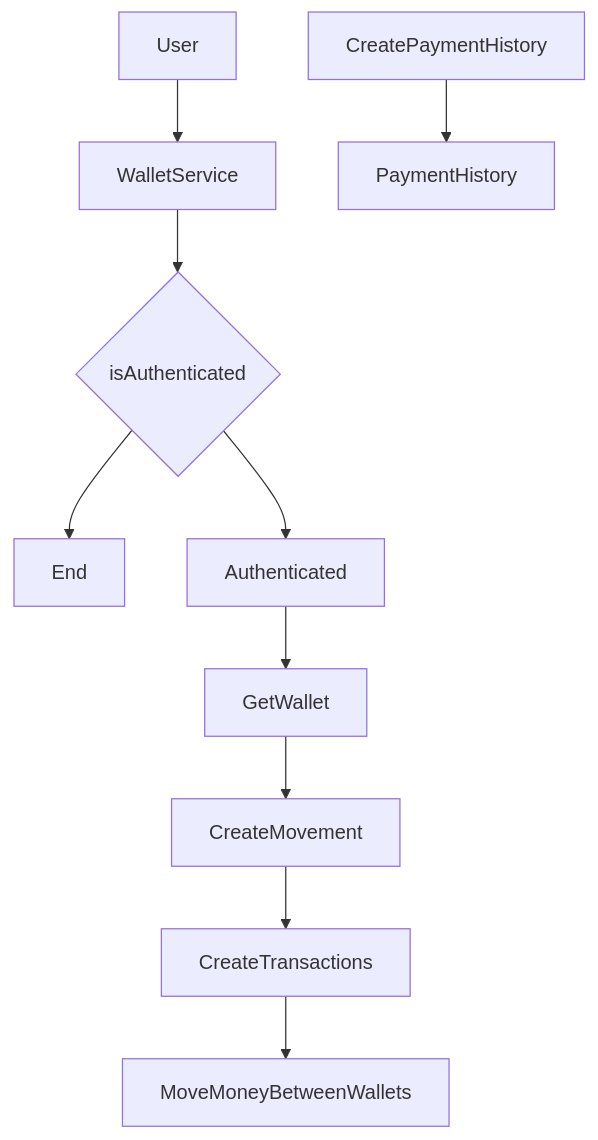
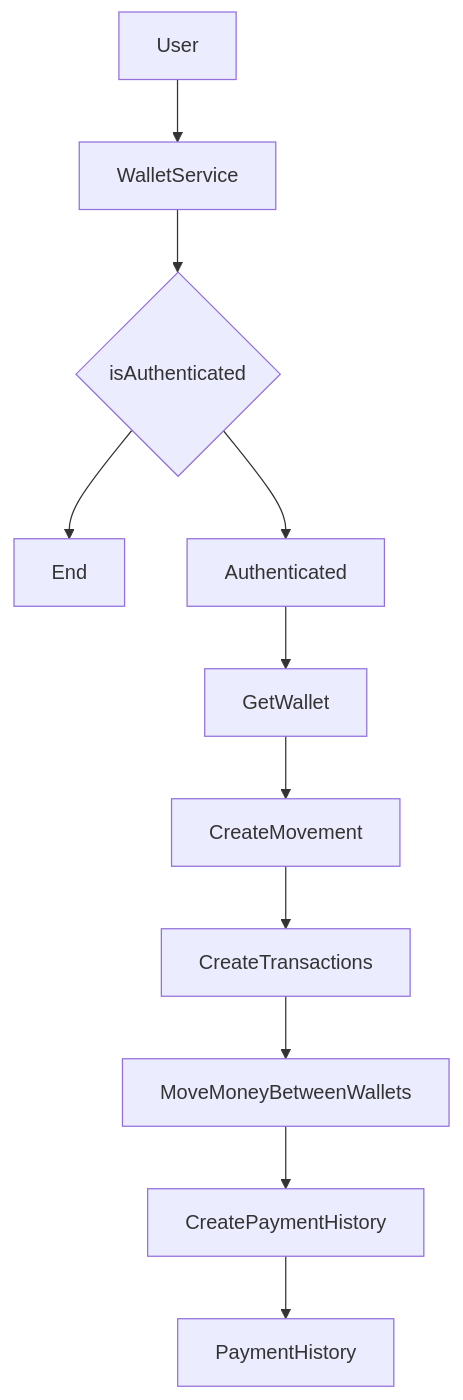
Before and after one commit to raychongtk/wallet: the fourth of 6 diagrams in README.md, drawn with Mermaid.

````diff
--- a/README.md
+++ b/README.md
@@ -169,12 +169,13 @@
 ```mermaid
 flowchart TD
     User --> WalletService
     WalletService --> AuthCondition{isAuthenticated}
     AuthCondition --> End
     AuthCondition --> Authenticated
     Authenticated --> GetWallet
     GetWallet --> CreateMovement
     CreateMovement --> CreateTransactions
     CreateTransactions --> MoveMoneyBetweenWallets
+    MoveMoneyBetweenWallets --> CreatePaymentHistory
     CreatePaymentHistory --> PaymentHistory
 ```
````
